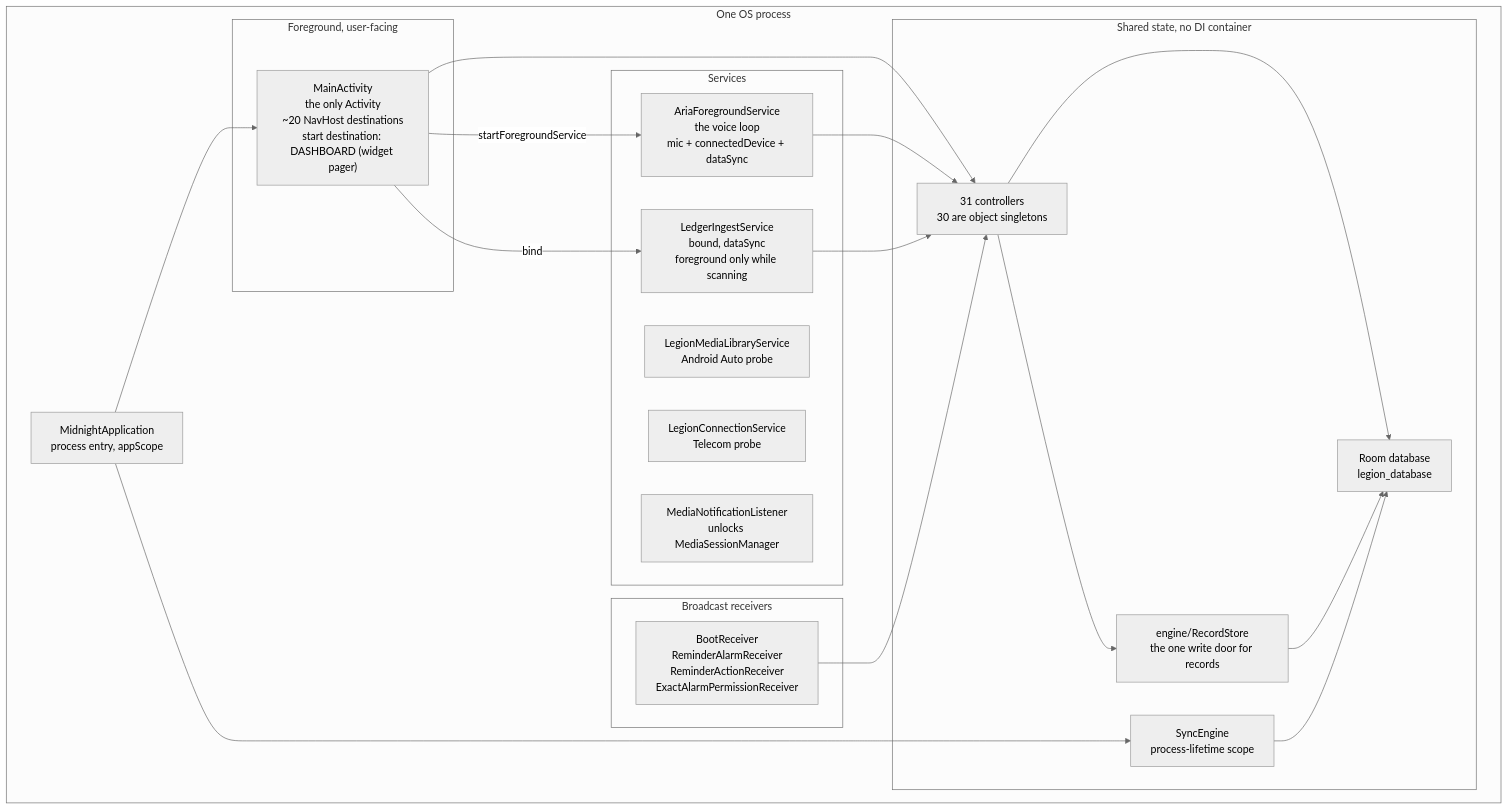
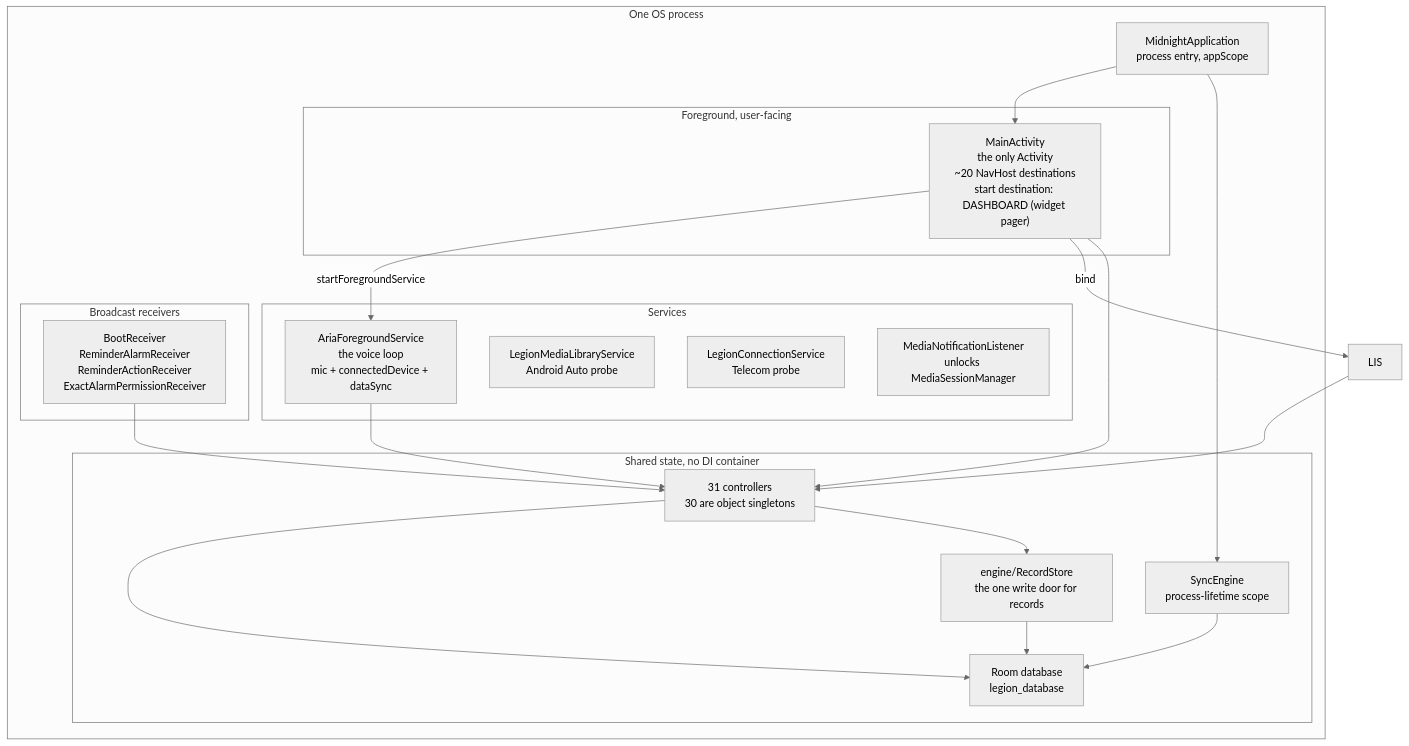
One commit to kevinmyo-code/legion changed the diagram in docs/architecture/c2-containers.md. Above: the diagram before and after it, drawn with Mermaid (neutral theme). The commit also changed other lines of this file and 78 other files, not shown here.

````diff
--- a/docs/architecture/c2-containers.md
+++ b/docs/architecture/c2-containers.md
@@ -14,42 +14,41 @@
 ```mermaid
 graph TB
     subgraph Process["One OS process"]
         App["MidnightApplication<br/>process entry, appScope"]
 
         subgraph UI["Foreground, user-facing"]
             MA["MainActivity<br/>the only Activity<br/>~20 NavHost destinations<br/>start destination: DASHBOARD (widget pager)"]
         end
 
         subgraph Services["Services"]
             AFS["AriaForegroundService<br/>the voice loop<br/>mic + connectedDevice + dataSync"]
-            LIS["LedgerIngestService<br/>bound, dataSync<br/>foreground only while scanning"]
             MLS["LegionMediaLibraryService<br/>Android Auto probe"]
             LCS["LegionConnectionService<br/>Telecom probe"]
             MNL["MediaNotificationListener<br/>unlocks MediaSessionManager"]
         end
 
         subgraph Receivers["Broadcast receivers"]
             RX["BootReceiver<br/>ReminderAlarmReceiver<br/>ReminderActionReceiver<br/>ExactAlarmPermissionReceiver"]
         end
 
         subgraph State["Shared state, no DI container"]
             Ctl["31 controllers<br/>30 are object singletons"]
             Eng["engine/RecordStore<br/>the one write door for records"]
             Room["Room database<br/>legion_database"]
             Sync["SyncEngine<br/>process-lifetime scope"]
         end
     end
 
     App --> MA
     App --> Sync
     MA -->|startForegroundService| AFS
     MA -->|bind| LIS
     MA --> Ctl
     AFS --> Ctl
     LIS --> Ctl
     RX --> Ctl
     Ctl --> Room
     Ctl --> Eng
     Eng --> Room
     Sync --> Room
 ```
````
